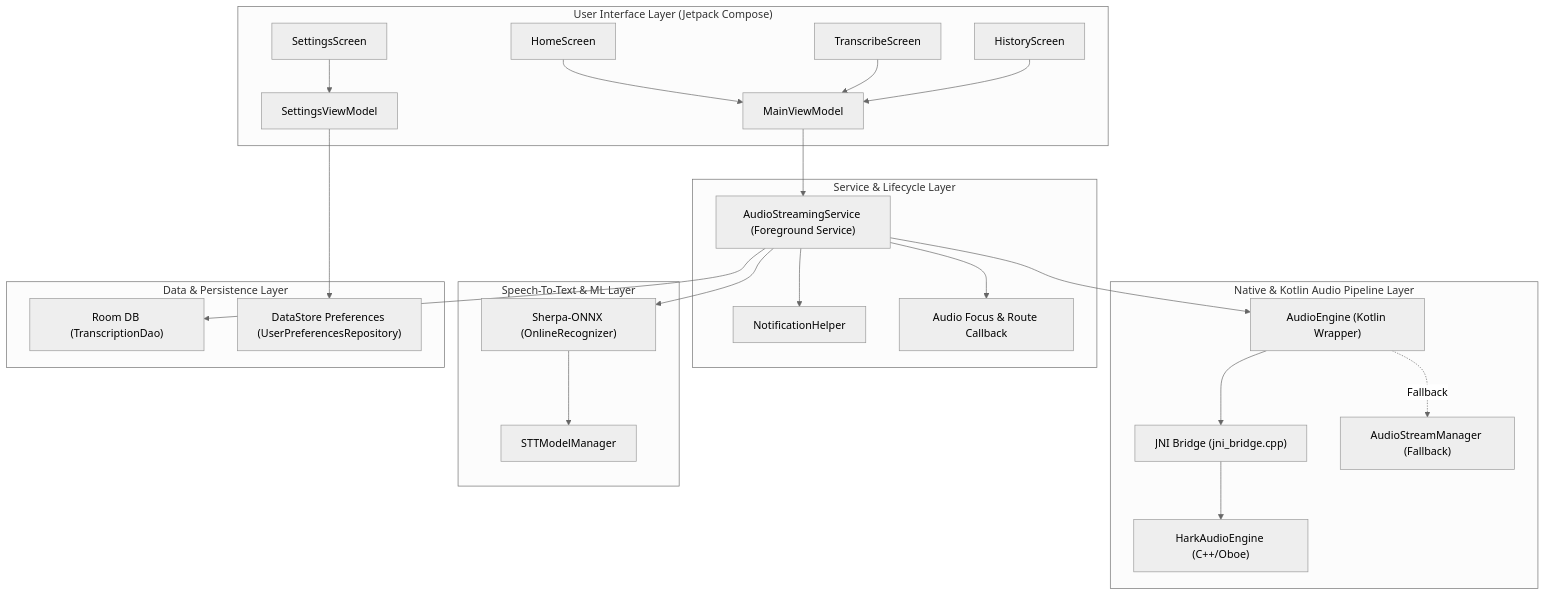
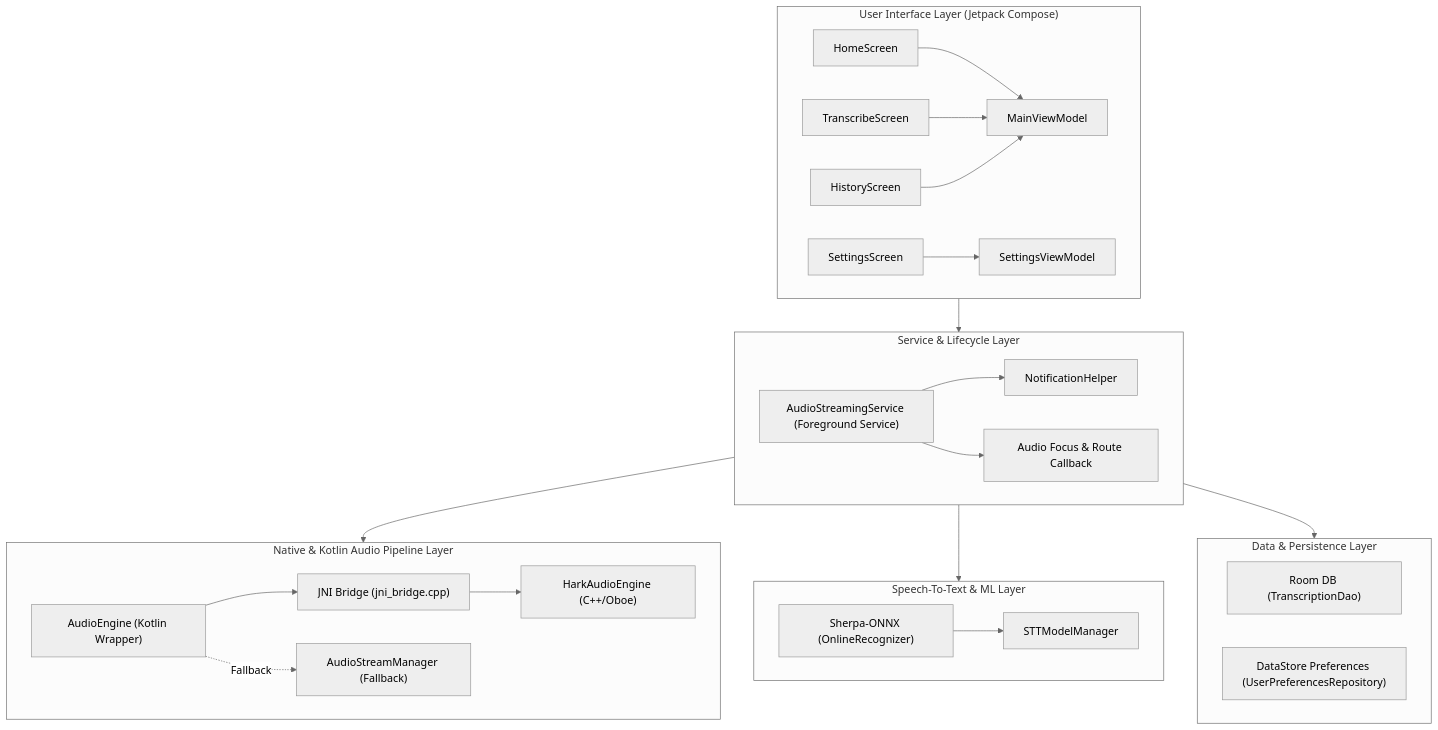
Before and after one commit to thivyan-studios/hark-app: the diagram in docs/ARCHITECTURE.md, drawn with Mermaid (neutral theme). The commit also changed 1 other file, not shown here.

Commit message:
Trying to fix Mermaid Diagrams

````diff
--- a/docs/ARCHITECTURE.md
+++ b/docs/ARCHITECTURE.md
@@ -11,54 +11,53 @@
 ```mermaid
 flowchart TD
     subgraph UI ["User Interface Layer (Jetpack Compose)"]
         UI_Home["HomeScreen"]
         UI_Transcribe["TranscribeScreen"]
         UI_History["HistoryScreen"]
         UI_Settings["SettingsScreen"]
         VM_Main["MainViewModel"]
         VM_Settings["SettingsViewModel"]
 
         UI_Home --> VM_Main
         UI_Transcribe --> VM_Main
         UI_History --> VM_Main
         UI_Settings --> VM_Settings
     end
 
     subgraph Service ["Service & Lifecycle Layer"]
         SVC["AudioStreamingService (Foreground Service)"]
         NOTIF["NotificationHelper"]
         FOCUS["Audio Focus & Route Callback"]
 
         SVC --> NOTIF
         SVC --> FOCUS
     end
 
     subgraph Audio ["Native & Kotlin Audio Pipeline Layer"]
         AE["AudioEngine (Kotlin Wrapper)"]
         JNI["JNI Bridge (jni_bridge.cpp)"]
         HAE["HarkAudioEngine (C++/Oboe)"]
         FALLBACK["AudioStreamManager (Fallback)"]
 
         AE --> JNI
         JNI --> HAE
         AE -.->|Fallback| FALLBACK
     end
 
     subgraph STT ["Speech-To-Text & ML Layer"]
         SHERPA["Sherpa-ONNX (OnlineRecognizer)"]
         STT_MGR["STTModelManager"]
 
         SHERPA --> STT_MGR
     end
 
     subgraph Data ["Data & Persistence Layer"]
         ROOM["Room DB (TranscriptionDao)"]
         DS["DataStore Preferences (UserPreferencesRepository)"]
     end
 
-    VM_Main --> SVC
-    VM_Settings --> DS
-    SVC --> AE
-    SVC --> SHERPA
-    SVC --> ROOM
+    UI --> Service
+    Service --> Audio
+    Service --> STT
+    Service --> Data
 ```
````
